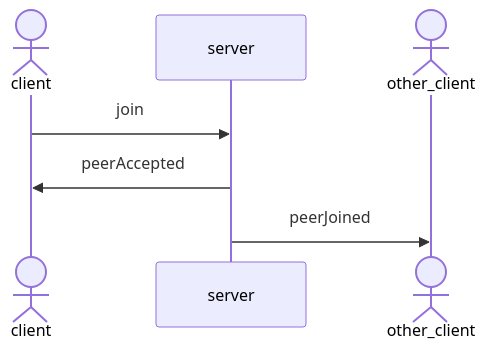
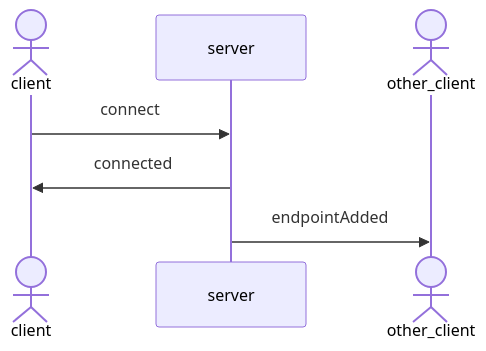
The first of 3 diagrams in internal_docs/protocol.md (fishjam-dev/membrane_rtc_engine), drawn with Mermaid before and after one commit. The commit also changed other lines of this file and 12 other files, not shown here.

````diff
--- a/internal_docs/protocol.md
+++ b/internal_docs/protocol.md
@@ -5,9 +5,9 @@
 ```mermaid
 sequenceDiagram
     actor client
     participant server
     actor other_client
-    client->>server: join
-    server->>client: peerAccepted
-    server->>other_client: peerJoined
+    client->>server: connect
+    server->>client: connected
+    server->>other_client: endpointAdded
 ```
````
